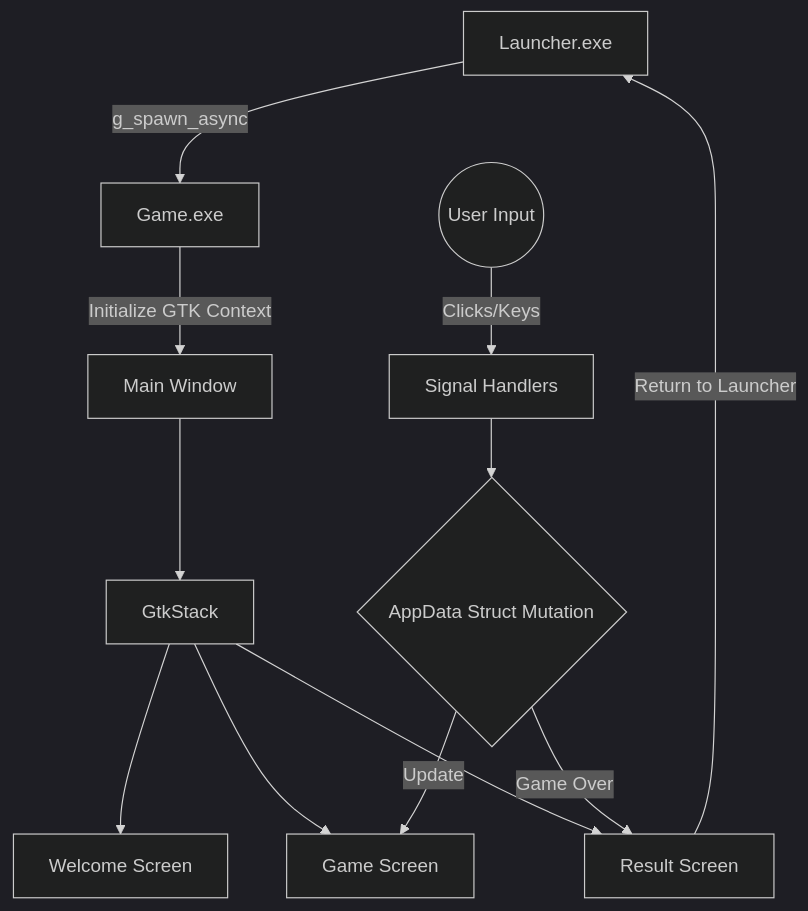
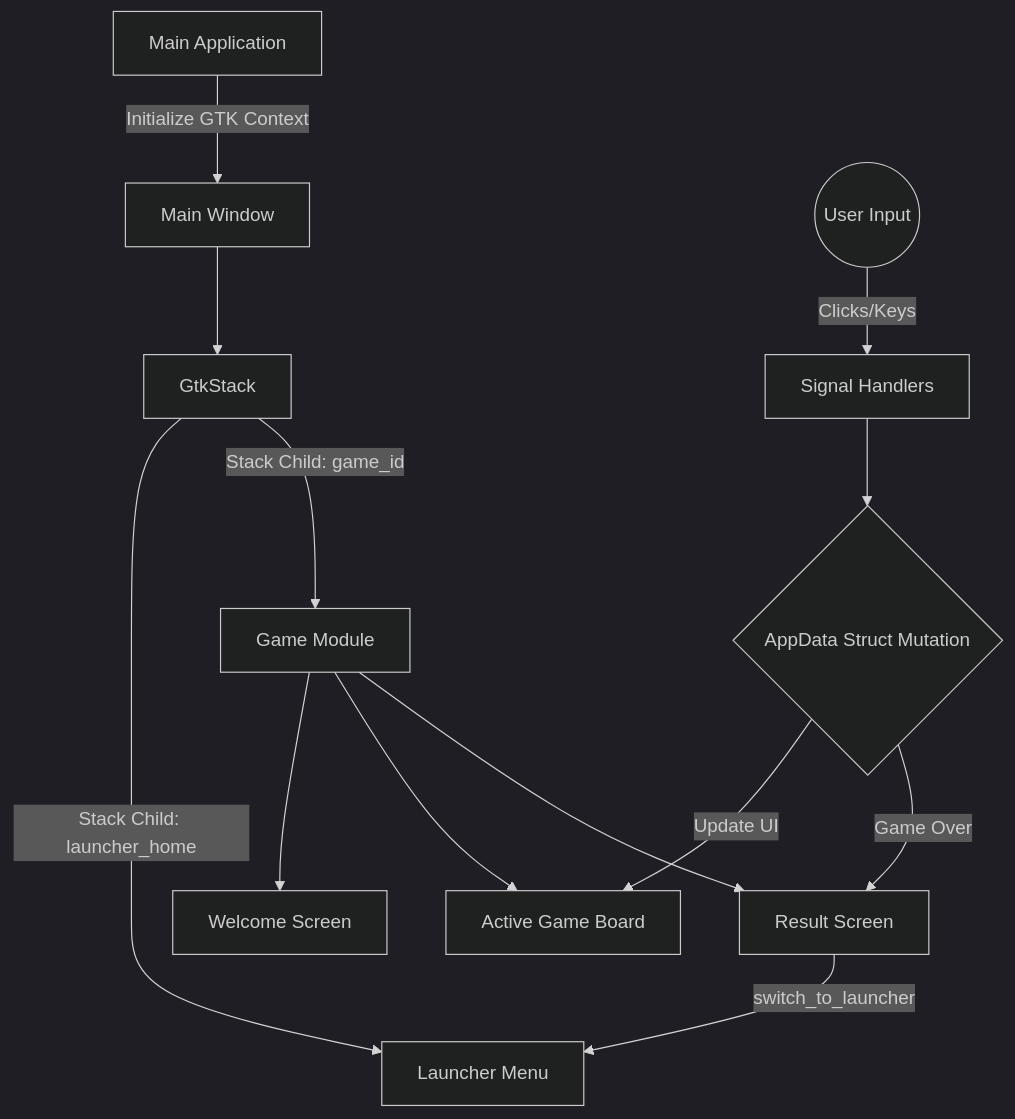
One commit to EL-STRIX/C-GAMES-COLLECTION changed the diagram in ARCHITECTURE.md. Above: the diagram before and after it, drawn with Mermaid (dark theme). The commit also changed other lines of this file and 4 other files, not shown here.

````diff
--- a/ARCHITECTURE.md
+++ b/ARCHITECTURE.md
@@ -19,15 +19,18 @@
 ```mermaid
 graph TD
-    L[Launcher.exe] -->|g_spawn_async| A[Game.exe]
-    A -->|Initialize GTK Context| B[Main Window]
+    A[Main Application] -->|Initialize GTK Context| B[Main Window]
     B --> C[GtkStack]
-    C --> D[Welcome Screen]
-    C --> E[Game Screen]
-    C --> F[Result Screen]
     
-    U((User Input)) -->|Clicks/Keys| G[Signal Handlers]
-    G --> H{AppData Struct Mutation}
-    H -->|Update| E
-    H -->|Game Over| F
-    F -->|Return to Launcher| L
+    C -->|Stack Child: launcher_home| D[Launcher Menu]
+    C -->|Stack Child: game_id| E[Game Module]
+    
+    E --> F[Welcome Screen]
+    E --> G[Active Game Board]
+    E --> H[Result Screen]
+    
+    U((User Input)) -->|Clicks/Keys| I[Signal Handlers]
+    I --> J{AppData Struct Mutation}
+    J -->|Update UI| G
+    J -->|Game Over| H
+    H -->|switch_to_launcher| D
 ```
````
